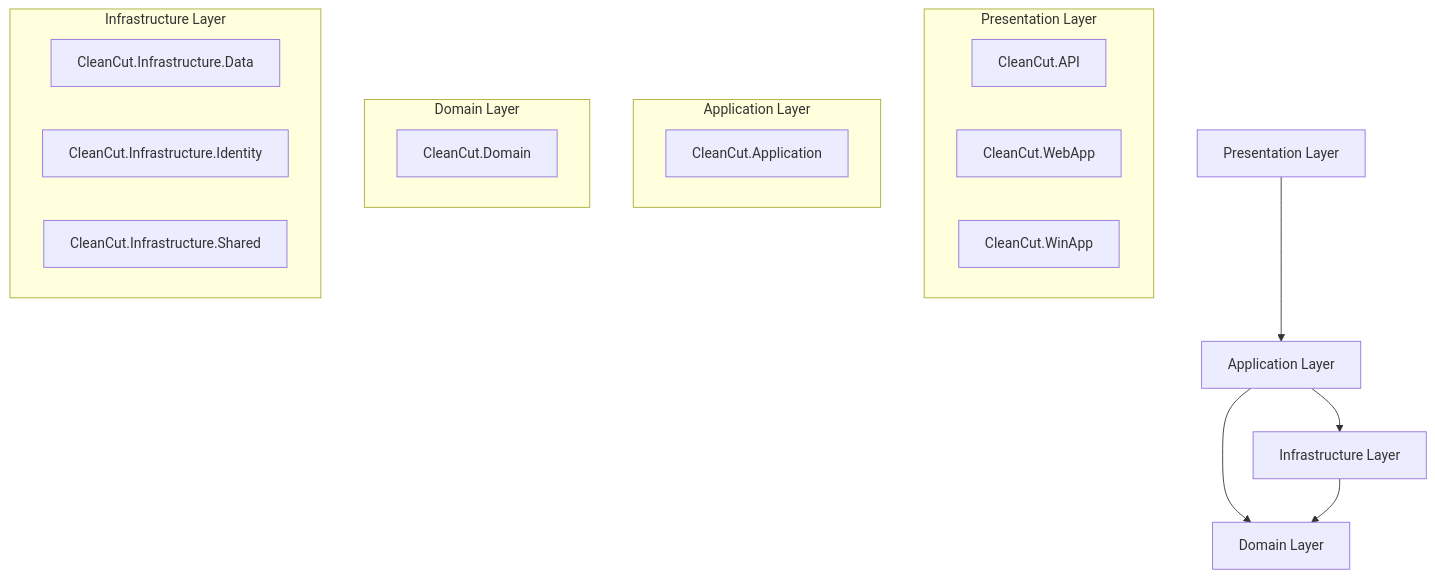
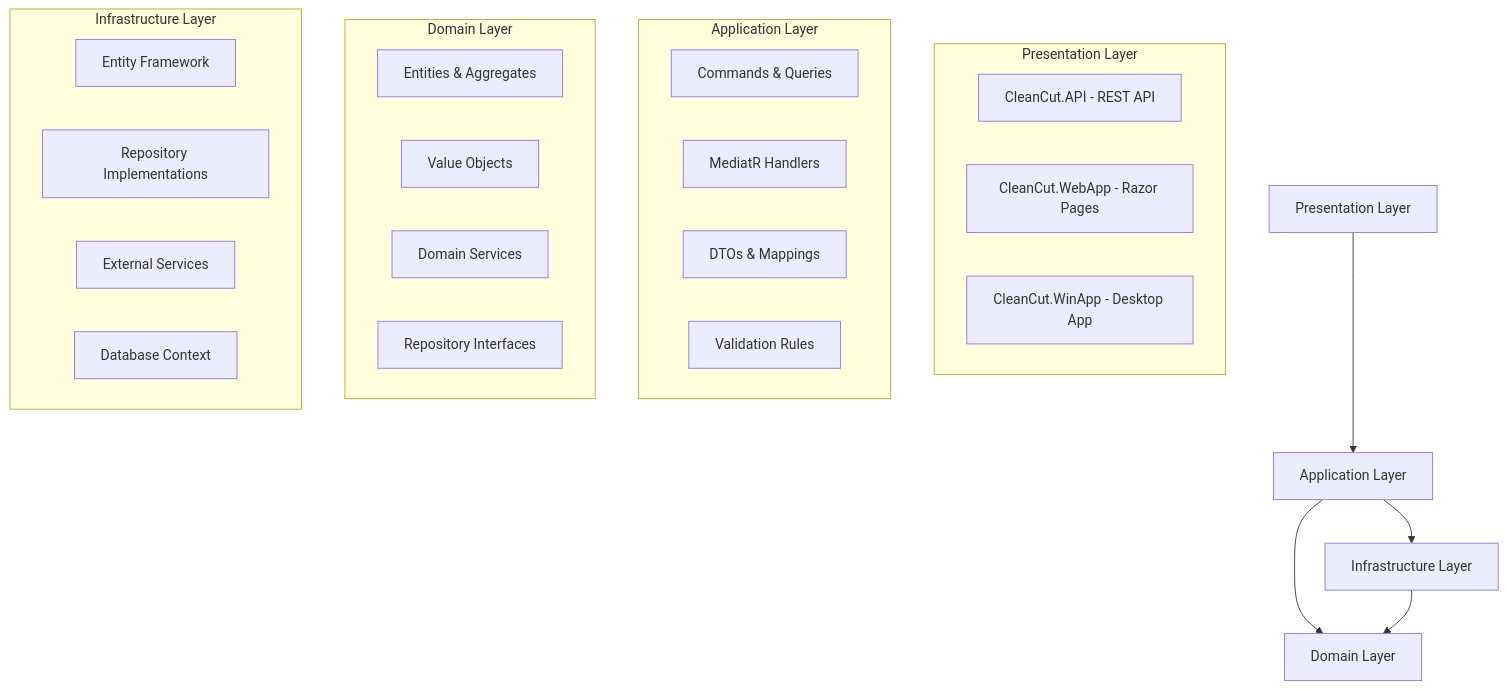
The diagram in README.md (markyoxall/Cleancut), drawn with Mermaid before and after one commit. The commit also changed other lines of this file, not shown here.

````diff
--- a/README.md
+++ b/README.md
@@ -9,27 +57,34 @@
 ```mermaid
 graph TD
     A[Presentation Layer] --> B[Application Layer]
     B --> C[Domain Layer]
     B --> D[Infrastructure Layer]
     D --> C
     
     subgraph "Presentation Layer"
-        A1[CleanCut.API]
-        A2[CleanCut.WebApp]
-        A3[CleanCut.WinApp]
+        A1[CleanCut.API - REST API]
+        A2[CleanCut.WebApp - Razor Pages]
+        A3[CleanCut.WinApp - Desktop App]
     end
     
     subgraph "Application Layer"
-        B1[CleanCut.Application]
+        B1[Commands & Queries]
+        B2[MediatR Handlers]
+        B3[DTOs & Mappings]
+        B4[Validation Rules]
     end
     
     subgraph "Domain Layer"
-        C1[CleanCut.Domain]
+        C1[Entities & Aggregates]
+        C2[Value Objects]
+        C3[Domain Services]
+        C4[Repository Interfaces]
     end
     
     subgraph "Infrastructure Layer"
-        D1[CleanCut.Infrastructure.Data]
-        D2[CleanCut.Infrastructure.Identity]
-        D3[CleanCut.Infrastructure.Shared]
+        D1[Entity Framework]
+        D2[Repository Implementations]
+        D3[External Services]
+        D4[Database Context]
     end
 ```
````
